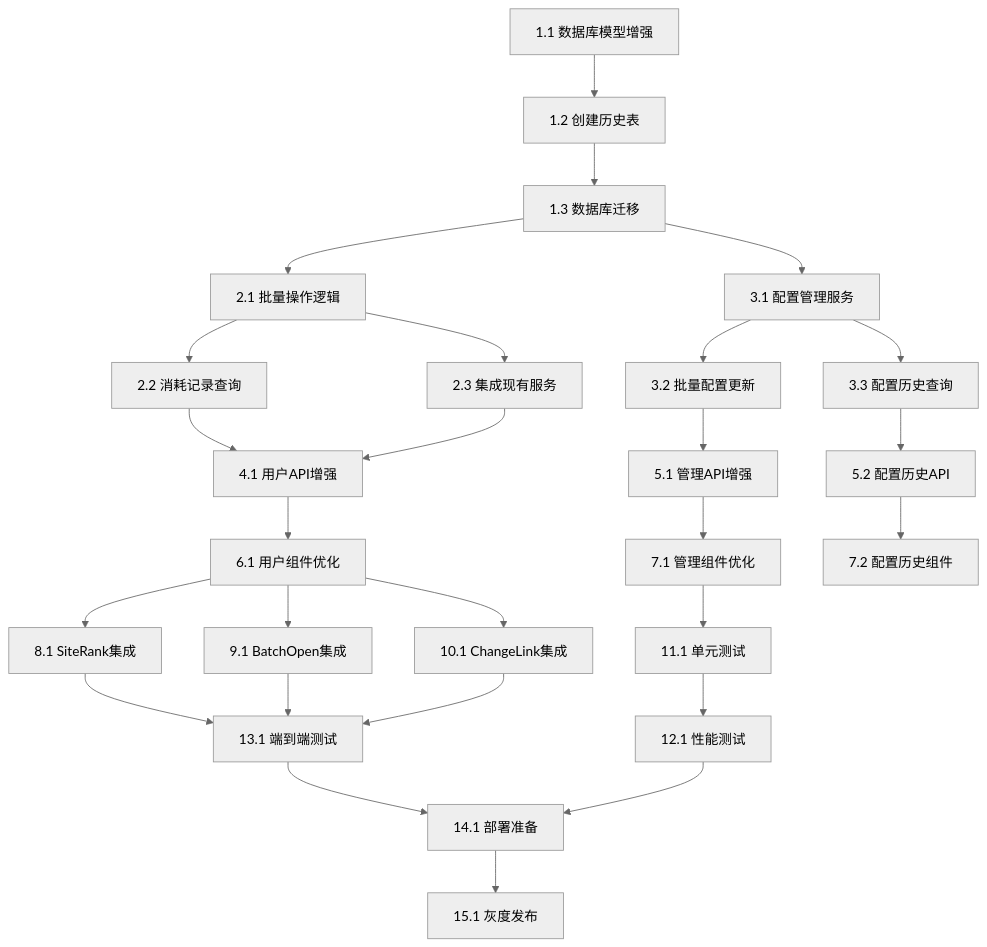
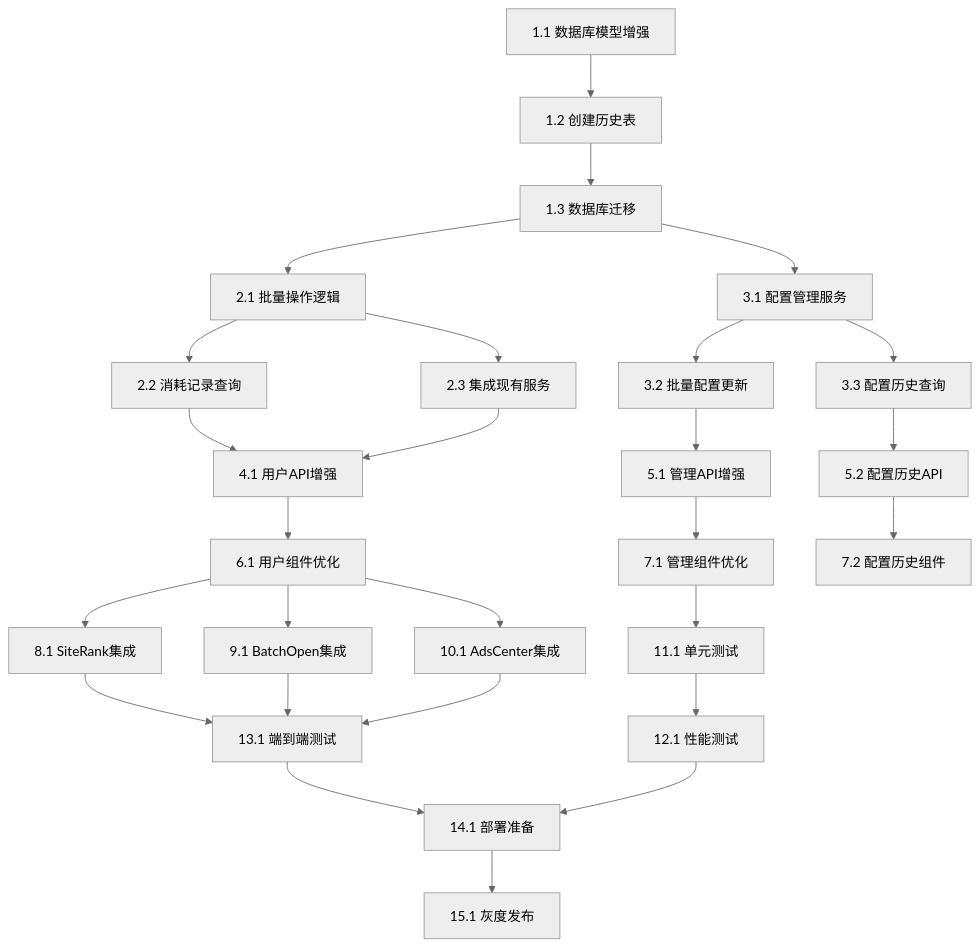
One commit to xxrenzhe/autoads changed the diagram in .kiro/specs/token-consumption-management/tasks.md. Above: the diagram before and after it, drawn with Mermaid (neutral theme). The commit also changed other lines of this file and 156 other files, not shown here.

````diff
--- a/.kiro/specs/token-consumption-management/tasks.md
+++ b/.kiro/specs/token-consumption-management/tasks.md
@@ -294,29 +294,29 @@
 ```mermaid
 graph TD
     A[1.1 数据库模型增强] --> B[1.2 创建历史表]
     B --> C[1.3 数据库迁移]
     C --> D[2.1 批量操作逻辑]
     C --> E[3.1 配置管理服务]
     D --> F[2.2 消耗记录查询]
     D --> G[2.3 集成现有服务]
     E --> H[3.2 批量配置更新]
     E --> I[3.3 配置历史查询]
     F --> J[4.1 用户API增强]
     G --> J
     H --> K[5.1 管理API增强]
     I --> L[5.2 配置历史API]
     J --> M[6.1 用户组件优化]
     K --> N[7.1 管理组件优化]
     L --> O[7.2 配置历史组件]
     M --> P[8.1 SiteRank集成]
     M --> Q[9.1 BatchOpen集成]
-    M --> R[10.1 ChangeLink集成]
+    M --> R[10.1 AdsCenter集成]
     N --> S[11.1 单元测试]
     P --> T[13.1 端到端测试]
     Q --> T
     R --> T
     S --> U[12.1 性能测试]
     T --> V[14.1 部署准备]
     U --> V
     V --> W[15.1 灰度发布]
 ```
````
